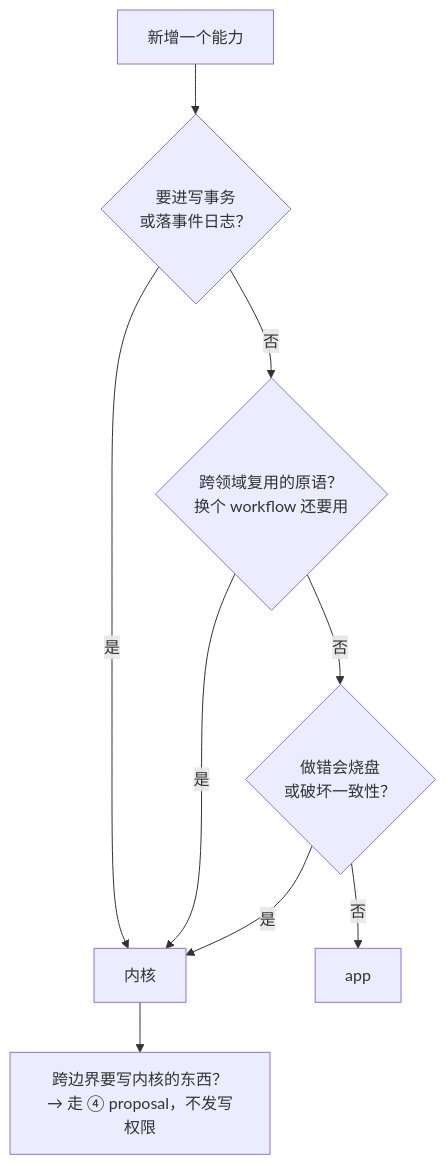
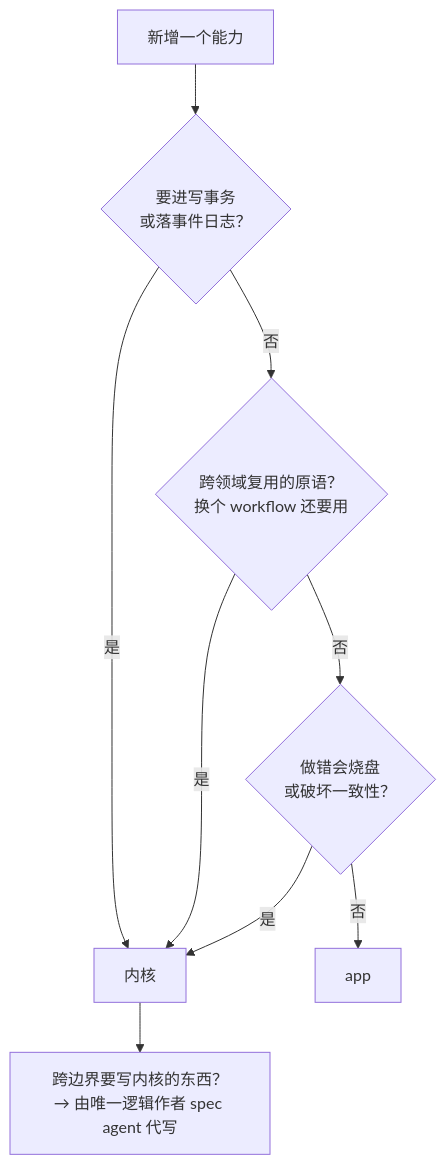
Before and after one commit to keanji-x/neige-calm: the diagram in docs/architecture/955-kernel-app-boundary.md, drawn with Mermaid. The commit also changed other lines of this file, not shown here.

````diff
--- a/docs/architecture/955-kernel-app-boundary.md
+++ b/docs/architecture/955-kernel-app-boundary.md
@@ -111,11 +107,11 @@
 ```mermaid
 flowchart TD
   Q["新增一个能力"] --> T1{"要进写事务<br/>或落事件日志？"}
   T1 -->|是| K["内核"]
   T1 -->|否| T2{"跨领域复用的原语？<br/>换个 workflow 还要用"}
   T2 -->|是| K
   T2 -->|否| T3{"做错会烧盘<br/>或破坏一致性？"}
   T3 -->|是| K
   T3 -->|否| A["app"]
-  K --> KX["跨边界要写内核的东西？<br/>→ 走 ④ proposal，不发写权限"]
+  K --> KX["跨边界要写内核的东西？<br/>→ 由唯一逻辑作者 spec agent 代写"]
 ```
````
